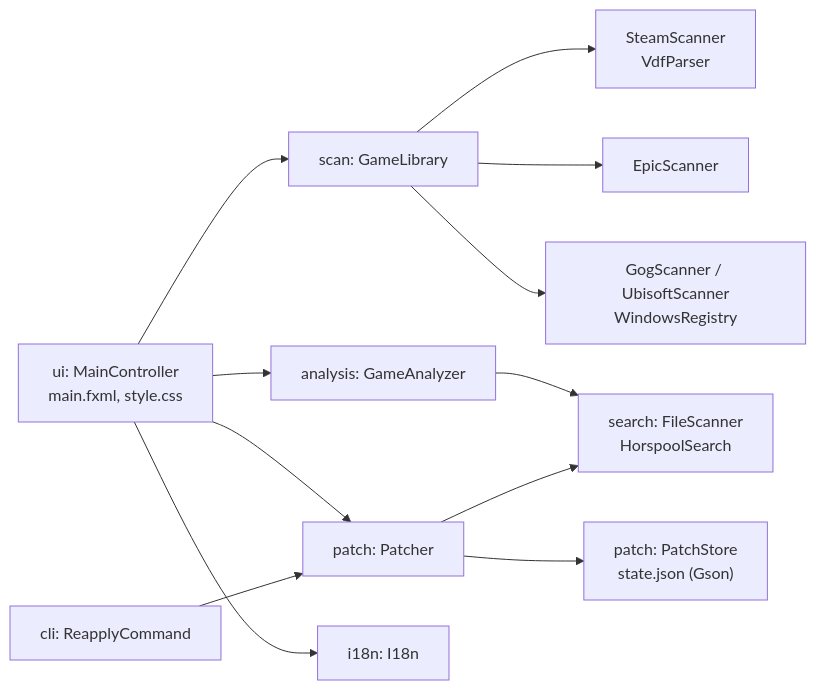
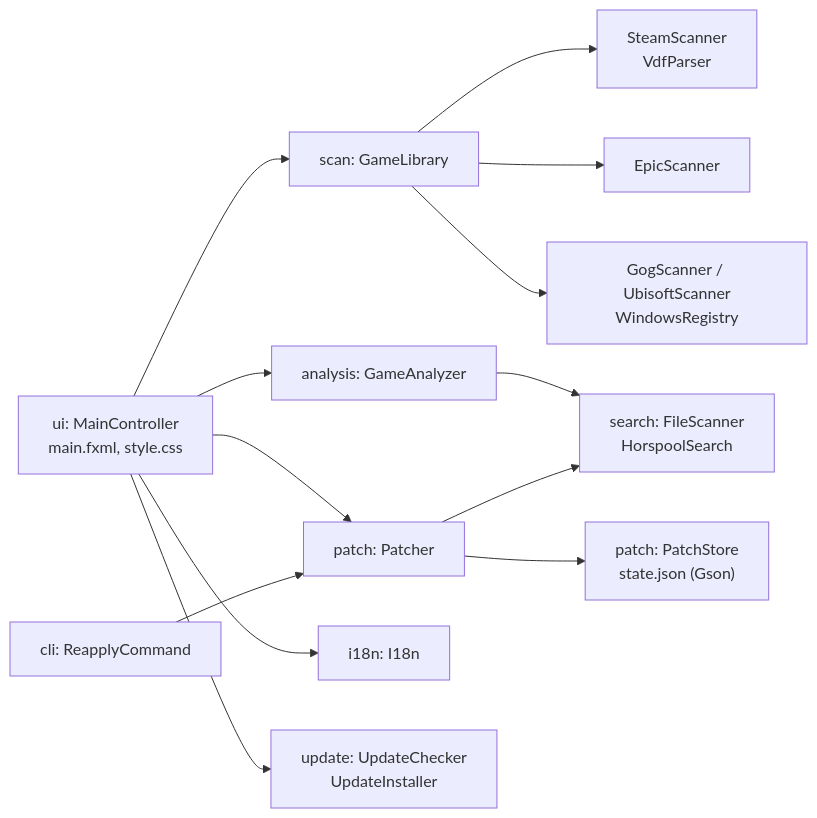
The diagram in README.md (shkbb/UWFix), drawn with Mermaid before and after one commit. The commit also changed other lines of this file and 2 other files, not shown here.

````diff
--- a/README.md
+++ b/README.md
@@ -116,14 +118,15 @@
 ```mermaid
 flowchart LR
     UI["ui: MainController<br/>main.fxml, style.css"] --> LIB["scan: GameLibrary"]
     UI --> AN["analysis: GameAnalyzer"]
     UI --> PA["patch: Patcher"]
     UI --> I18N["i18n: I18n"]
+    UI --> UPD["update: UpdateChecker<br/>UpdateInstaller"]
     LIB --> ST["SteamScanner<br/>VdfParser"]
     LIB --> EP["EpicScanner"]
     LIB --> GOG["GogScanner / UbisoftScanner<br/>WindowsRegistry"]
     AN --> FS["search: FileScanner<br/>HorspoolSearch"]
     PA --> FS
     PA --> STORE["patch: PatchStore<br/>state.json (Gson)"]
     CLI["cli: ReapplyCommand"] --> PA
 ```
````
